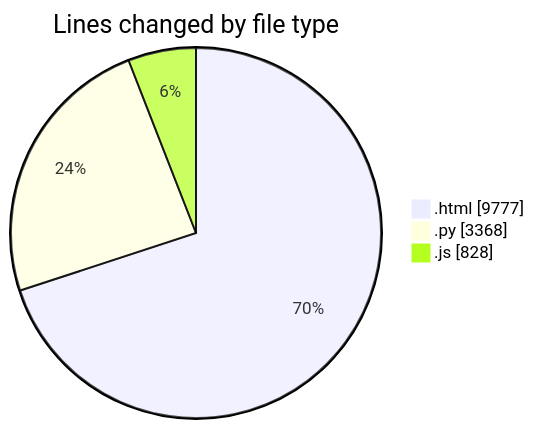
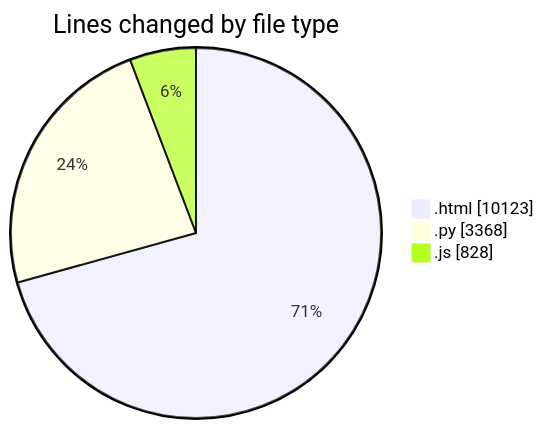
Before and after one commit to shibass792/code-tracking: the first of 2 diagrams in 2026-07-12/untitled__workspace_/README.md, drawn with Mermaid. The commit also changed other lines of this file and 1 other file, not shown here.

````diff
--- a/2026-07-12/untitled__workspace_/README.md
+++ b/2026-07-12/untitled__workspace_/README.md
@@ -29,7 +29,7 @@
 ```mermaid
 pie showData
 title Lines changed by file type
-".html" : 9777
+".html" : 10123
 ".py" : 3368
 ".js" : 828
 ```
````
